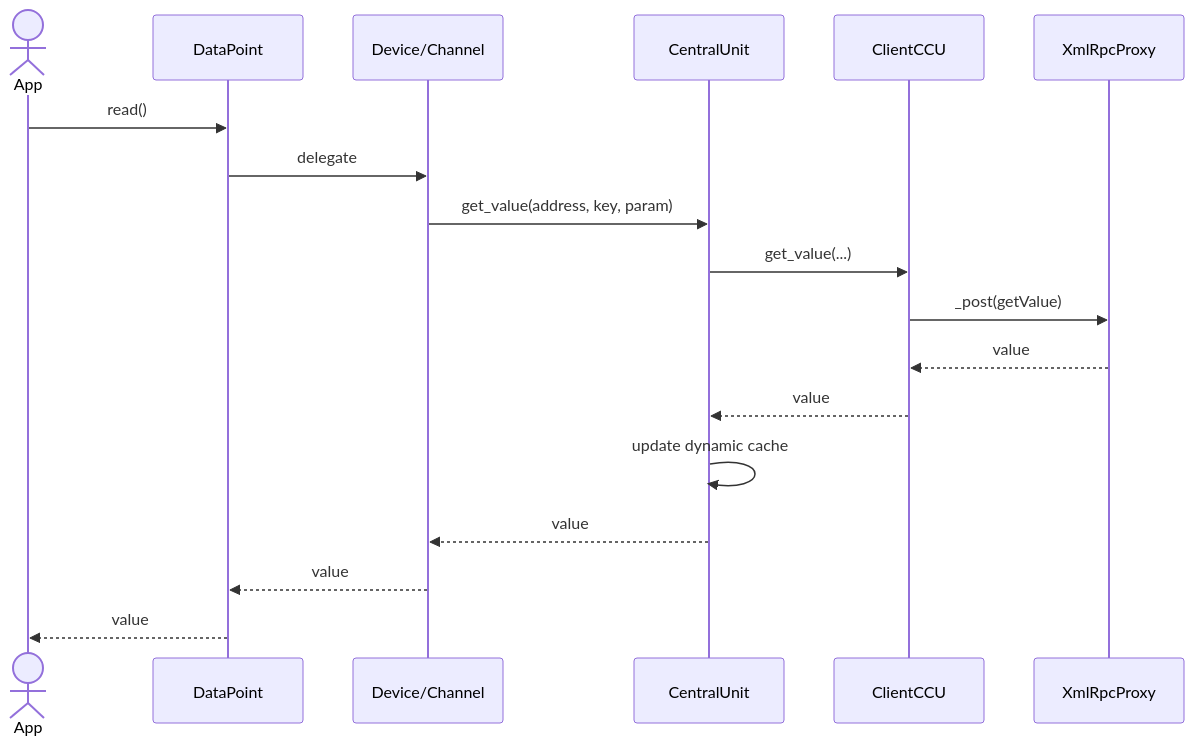
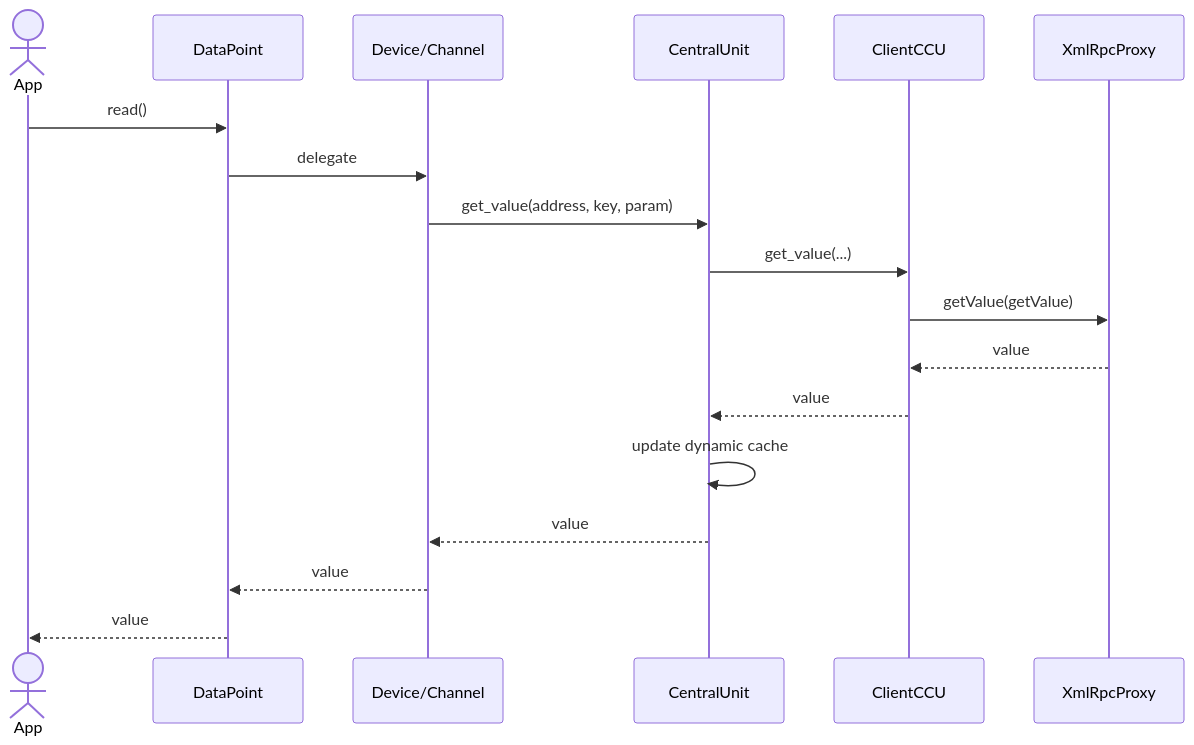
Before and after one commit to SukramJ/aiohomematic: the first of 3 diagrams in docs/data_flow.md, drawn with Mermaid.

````diff
--- a/docs/data_flow.md
+++ b/docs/data_flow.md
@@ -112,20 +112,20 @@
 ```mermaid
 sequenceDiagram
   actor App
   participant DP as DataPoint
   participant Dev as Device/Channel
   participant C as CentralUnit
   participant CX as ClientCCU
   participant X as XmlRpcProxy
   App->>DP: read()
   DP->>Dev: delegate
   Dev->>C: get_value(address, key, param)
   C->>CX: get_value(...)
-  CX->>X: _post(getValue)
+  CX->>X: getValue(getValue)
   X-->>CX: value
   CX-->>C: value
   C->>C: update dynamic cache
   C-->>Dev: value
   Dev-->>DP: value
   DP-->>App: value
 ```
````
